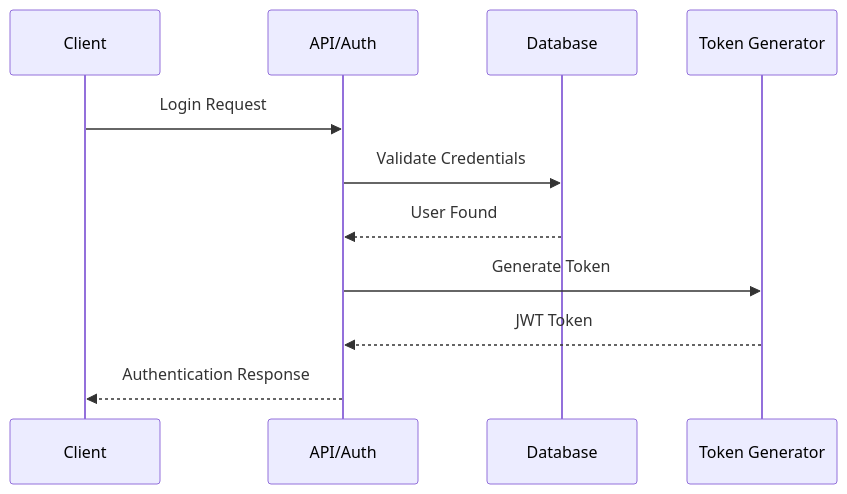
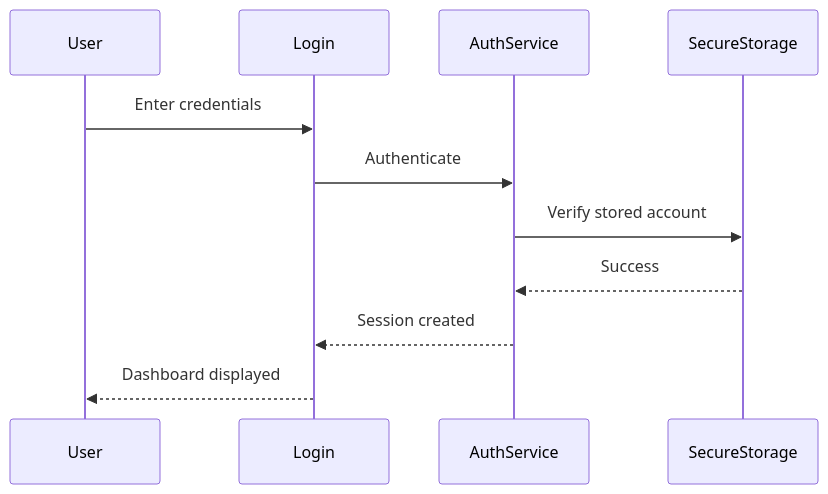
Before and after one commit to rxanderx/CSE-397-RxNOW: the fourth of 8 diagrams in Teamwork/backEnd-visuals.md, drawn with Mermaid. The commit also changed other lines of this file, not shown here.

````diff
--- a/Teamwork/backEnd-visuals.md
+++ b/Teamwork/backEnd-visuals.md
@@ -55,14 +241,23 @@
 ```mermaid
 sequenceDiagram
-    participant Client
-    participant API as API/Auth
-    participant DB as Database
-    participant Auth as Token Generator
 
-    Client->>API: Login Request
-    API->>DB: Validate Credentials
-    DB-->>API: User Found
-    API->>Auth: Generate Token
-    Auth-->>API: JWT Token
-    API-->>Client: Authentication Response
+participant User
+
+participant Login
+
+participant AuthService
+
+participant SecureStorage
+
+User->>Login: Enter credentials
+
+Login->>AuthService: Authenticate
+
+AuthService->>SecureStorage: Verify stored account
+
+SecureStorage-->>AuthService: Success
+
+AuthService-->>Login: Session created
+
+Login-->>User: Dashboard displayed
 ```
````
